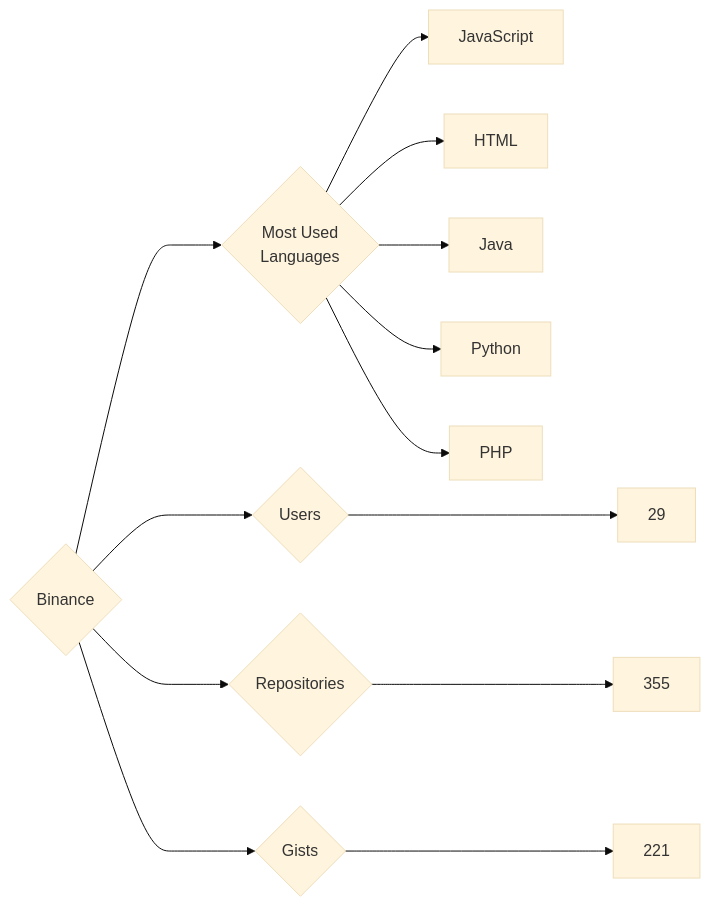
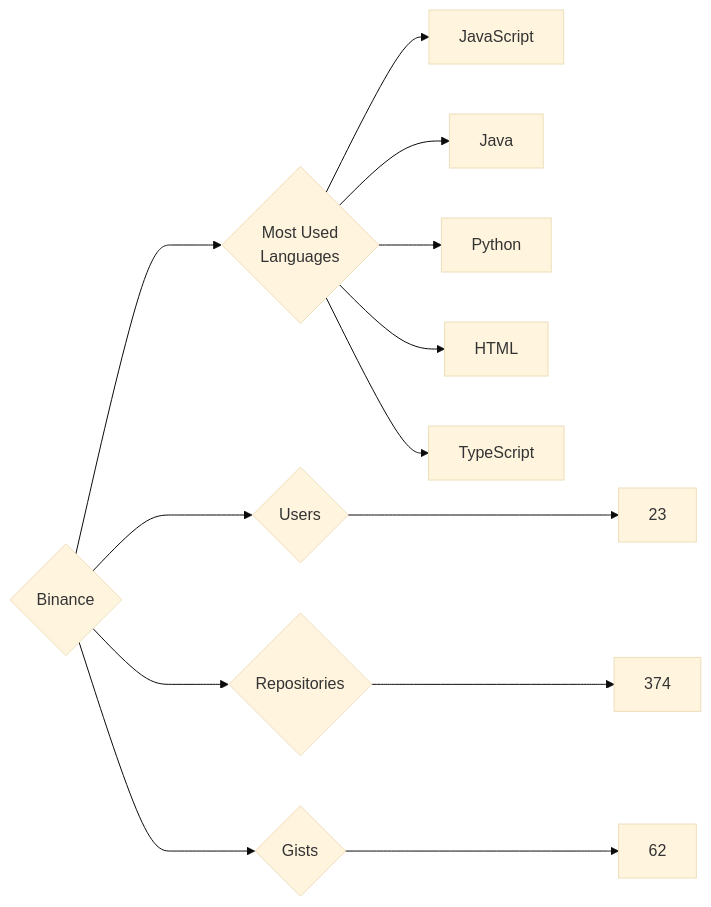
One commit to trickest/insiders changed the diagram in targets/Binance/README.md. Above: the diagram before and after it, drawn with Mermaid (base theme). The commit also changed 786 other files, not shown here.

````diff
--- a/targets/Binance/README.md
+++ b/targets/Binance/README.md
@@ -3,13 +3,13 @@
 ```mermaid
 graph LR
 COMPANY_NAME{Binance}
-COMPANY_NAME ---> U{Users} ---> UN[29]
-COMPANY_NAME ---> R{Repositories} ---> RN[355]
-COMPANY_NAME ---> G{Gists} ---> GN[221]
+COMPANY_NAME ---> U{Users} ---> UN[23]
+COMPANY_NAME ---> R{Repositories} ---> RN[374]
+COMPANY_NAME ---> G{Gists} ---> GN[62]
 COMPANY_NAME ---> ML{Most Used<br>Languages}
 ML --> JavaScript[JavaScript]
-ML --> HTML[HTML]
 ML --> Java[Java]
 ML --> Python[Python]
-ML --> PHP[PHP]
+ML --> HTML[HTML]
+ML --> TypeScript[TypeScript]
 ```
````
